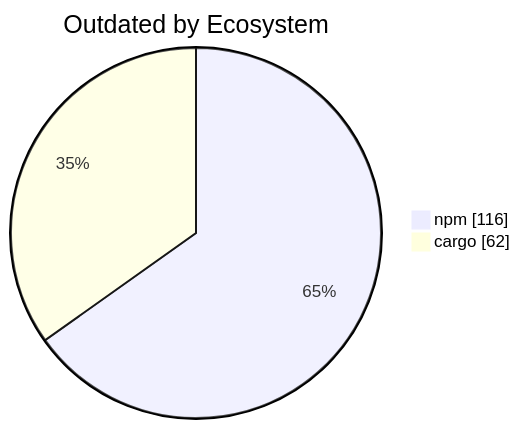
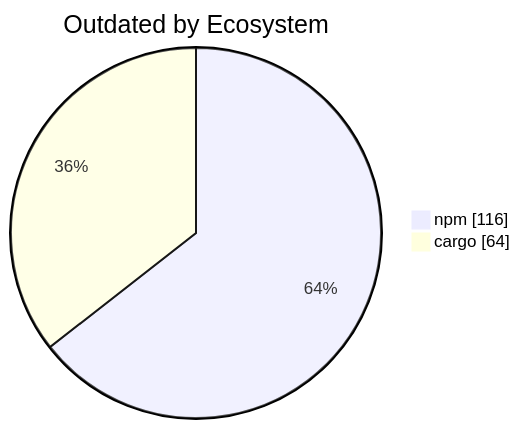
Before and after one commit to KBVE/kbve: the diagram in apps/kbve/astro-kbve/src/content/docs/dashboard/deps.mdx, drawn with Mermaid. The commit also changed other lines of this file and 1 other file, not shown here.

````diff
--- a/apps/kbve/astro-kbve/src/content/docs/dashboard/deps.mdx
+++ b/apps/kbve/astro-kbve/src/content/docs/dashboard/deps.mdx
@@ -109,6 +109,6 @@
 ```mermaid
 pie showData
     title Outdated by Ecosystem
     "npm" : 116
-    "cargo" : 62
+    "cargo" : 64
 ```
````
